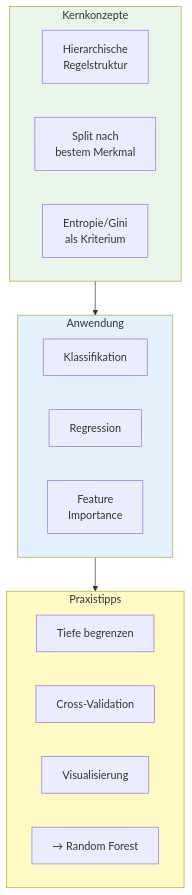
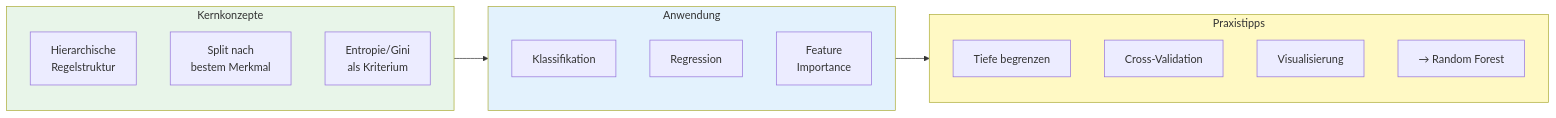
The sixth of 6 diagrams in docs/concepts/modeling/decision_tree.md (ralf-42/ML_Intro), drawn with Mermaid before and after one commit. The commit also changed other lines of this file and 19 other files, not shown here.

````diff
--- a/docs/concepts/modeling/decision_tree.md
+++ b/docs/concepts/modeling/decision_tree.md
@@ -420,27 +281,27 @@
 ```mermaid
-flowchart TB
+flowchart LR
     subgraph konzept["Kernkonzepte"]
         K1["Hierarchische<br/>Regelstruktur"]
         K2["Split nach<br/>bestem Merkmal"]
         K3["Entropie/Gini<br/>als Kriterium"]
     end
     
     subgraph anwendung["Anwendung"]
         A1["Klassifikation"]
         A2["Regression"]
         A3["Feature<br/>Importance"]
     end
     
     subgraph praxis["Praxistipps"]
         P1["Tiefe begrenzen"]
         P2["Cross-Validation"]
         P3["Visualisierung"]
         P4["→ Random Forest"]
     end
     
     konzept --> anwendung --> praxis
     
     style konzept fill:#e8f5e9
     style anwendung fill:#e3f2fd
     style praxis fill:#fff9c4
 ```
````
